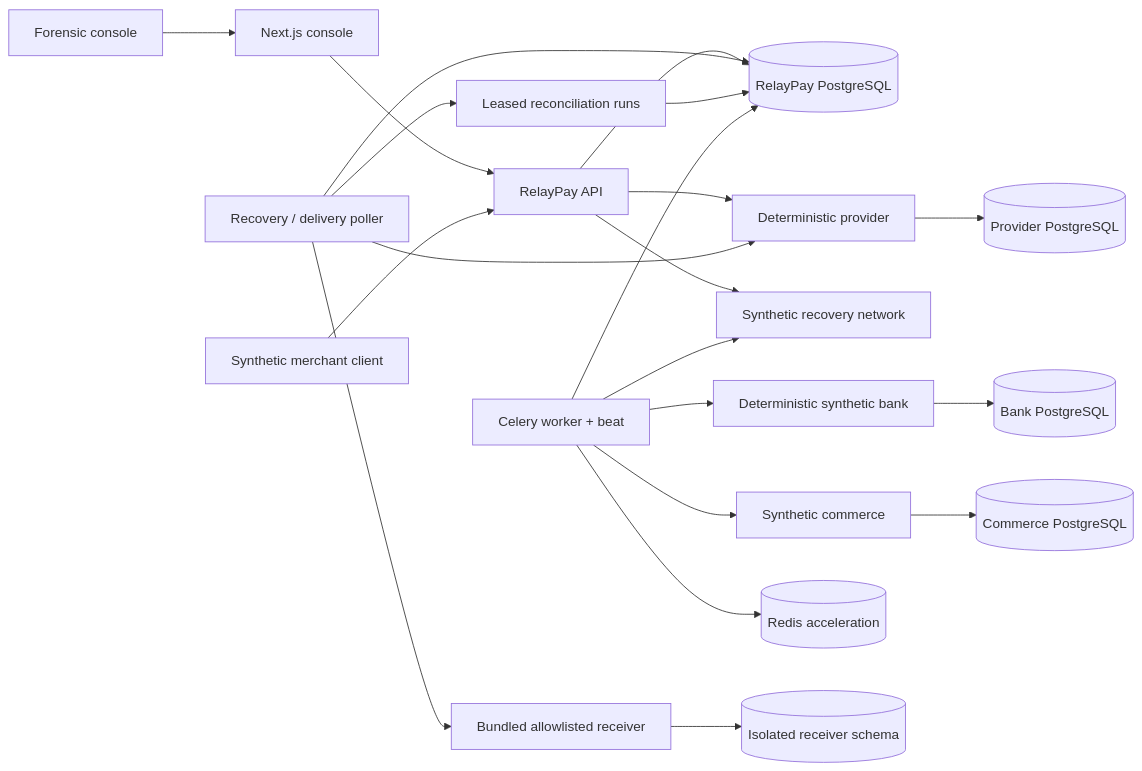
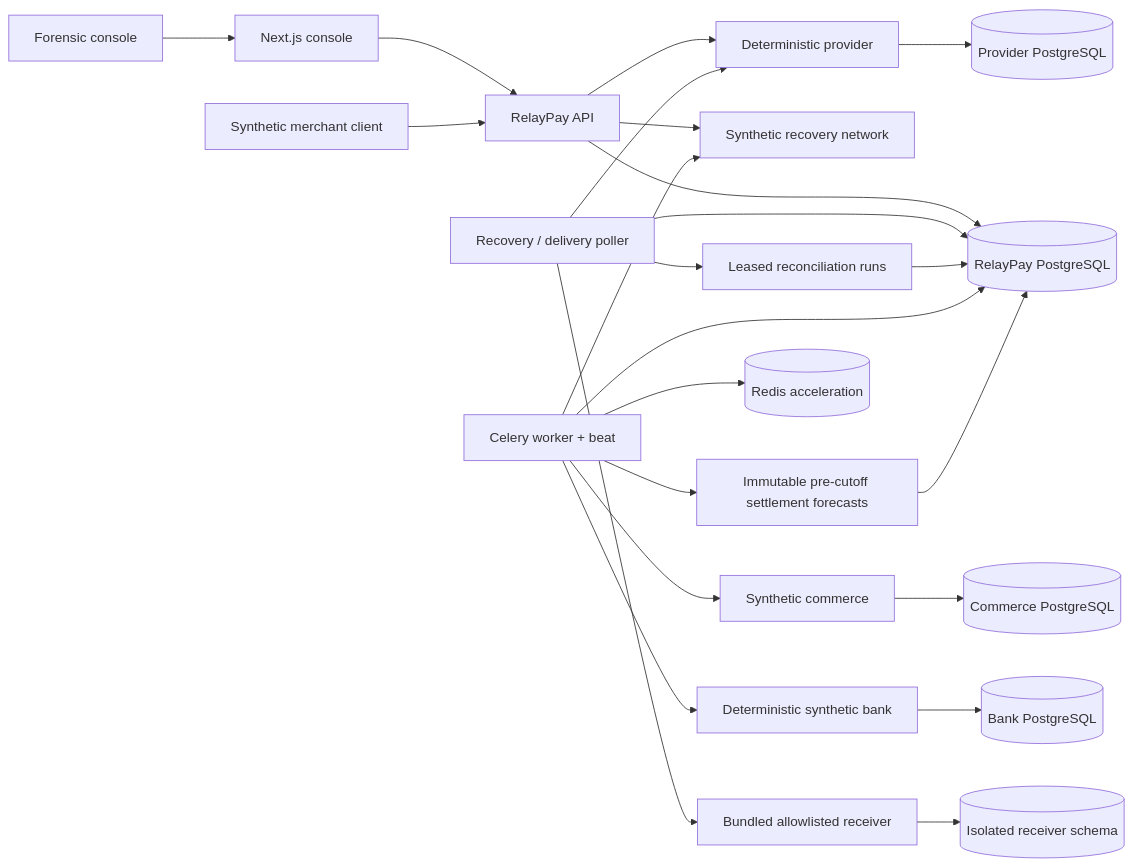
The diagram in README.md (marsh15/relaypay), drawn with Mermaid before and after one commit. The commit also changed 64 other files, not shown here.

````diff
--- a/README.md
+++ b/README.md
@@ -98,23 +98,25 @@
 ```mermaid
 flowchart LR
     Browser["Forensic console"] --> Console["Next.js console"]
     Console --> API["RelayPay API"]
     Merchant["Synthetic merchant client"] --> API
     API --> RelayDB[("RelayPay PostgreSQL")]
     API --> Provider["Deterministic provider"]
     API --> RecoveryNetwork["Synthetic recovery network"]
     Worker --> Bank["Deterministic synthetic bank"]
     Bank --> BankDB[("Bank PostgreSQL")]
     Worker --> Commerce["Synthetic commerce"]
     Commerce --> CommerceDB[("Commerce PostgreSQL")]
     Provider --> ProviderDB[("Provider PostgreSQL")]
     Poller["Recovery / delivery poller"] --> RelayDB
     Poller --> Reconcile["Leased reconciliation runs"]
     Reconcile --> RelayDB
     Poller --> Provider
     Poller --> Receiver["Bundled allowlisted receiver"]
     Worker["Celery worker + beat"] --> Redis[("Redis acceleration")]
     Worker --> RelayDB
     Worker --> RecoveryNetwork
+    Worker --> Forecasts["Immutable pre-cutoff settlement forecasts"]
+    Forecasts --> RelayDB
     Receiver --> ReceiverSchema[("Isolated receiver schema")]
 ```
````
